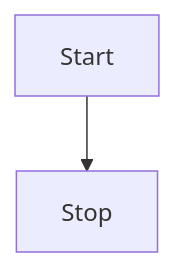
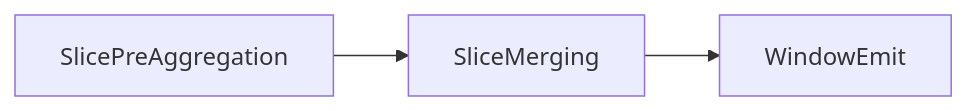
The first of 2 diagrams in nes-runtime/include/Execution/Operators/Streaming/Aggregations/StreamSlicing.md (nebulastream/nebulastream), drawn with Mermaid before and after one commit. The commit also changed other lines of this file, not shown here.

Commit message:
[#3998] improved architecture doc

````diff
--- a/nes-runtime/include/Execution/Operators/Streaming/Aggregations/StreamSlicing.md
+++ b/nes-runtime/include/Execution/Operators/Streaming/Aggregations/StreamSlicing.md
@@ -6,4 +28,4 @@
 ```mermaid
-flowchart TD
-    Start --> Stop
+flowchart LR
+    SlicePreAggregation --> SliceMerging --> WindowEmit
 ```
````
